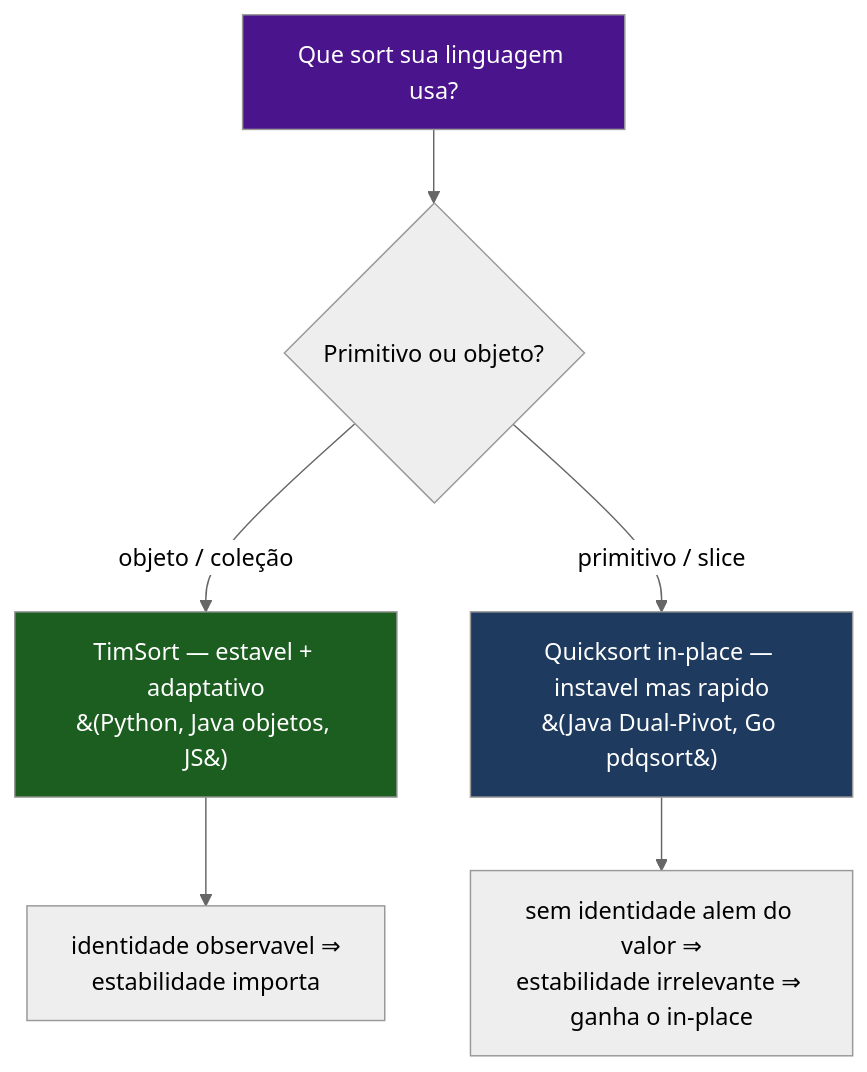
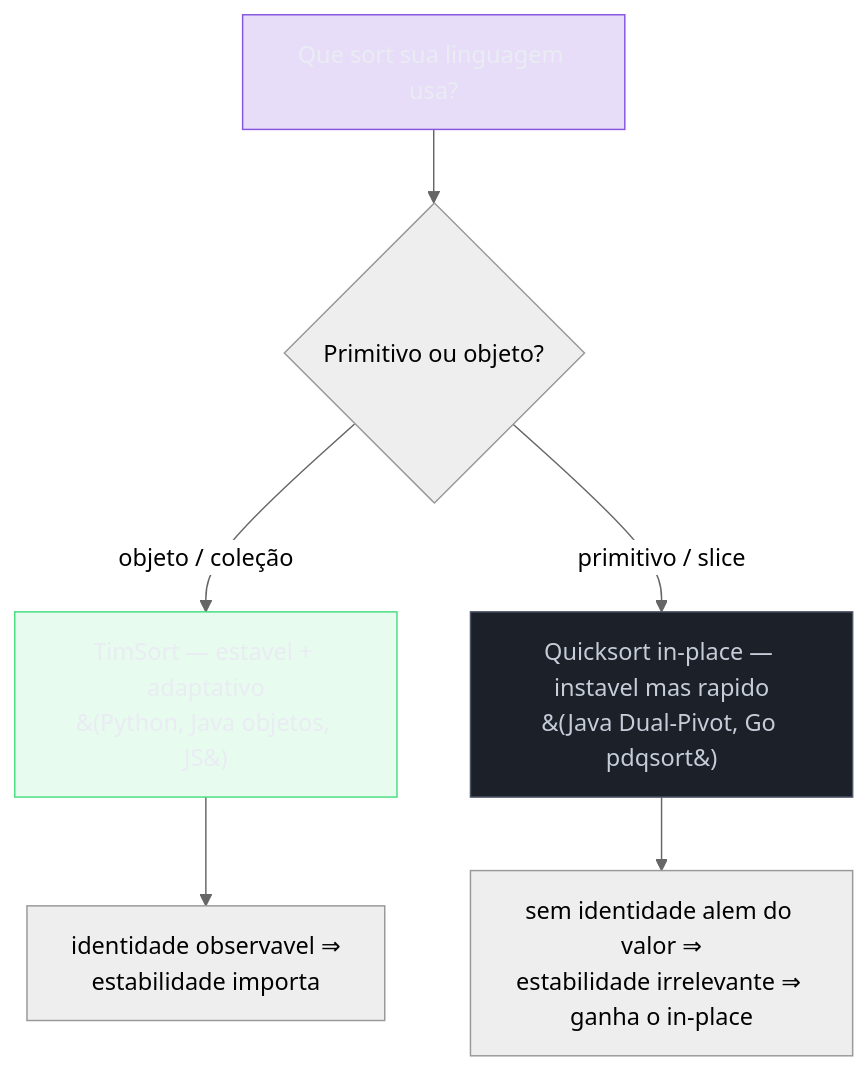
Before and after one commit to josenaldo/codex-technomanticus: the sixth of 6 diagrams in 03-Dominios/Ciência/Algoritmos/07 - Ordenação.md, drawn with Mermaid (neutral theme). The commit also changed other lines of this file and 1181 other files, not shown here.

First line of the commit message:
fix(diagramas): paleta do sistema no lugar de cor cravada no markdown

````diff
--- a/03-Dominios/Ciência/Algoritmos/07 - Ordenação.md
+++ b/03-Dominios/Ciência/Algoritmos/07 - Ordenação.md
@@ -366,14 +375,17 @@
 ```mermaid
 graph TB
+    classDef ok fill:#4ADE8021,stroke:#4ADE80,color:#E9ECF2
+    classDef neutro fill:#1B2029,stroke:#4E5666,color:#C6CCD8
+    classDef marca fill:#8855DF33,stroke:#8855DF,color:#E9ECF2
     Q["Que sort sua linguagem usa?"] --> tipo{"Primitivo ou objeto?"}
 
     tipo -->|"objeto / coleção"| obj["TimSort &mdash; estavel + adaptativo<br/>&#40;Python, Java objetos, JS&#41;"]
     tipo -->|"primitivo / slice"| prim["Quicksort in-place &mdash; instavel mas rapido<br/>&#40;Java Dual-Pivot, Go pdqsort&#41;"]
 
     obj --> motivoO["identidade observavel &rArr;<br/>estabilidade importa"]
     prim --> motivoP["sem identidade alem do valor &rArr;<br/>estabilidade irrelevante &rArr; ganha o in-place"]
 
-    style obj fill:#1b5e20,color:#fff
-    style prim fill:#1e3a5f,color:#fff
-    style Q fill:#4a148c,color:#fff
+    class obj ok
+    class prim neutro
+    class Q marca
 ```
````
